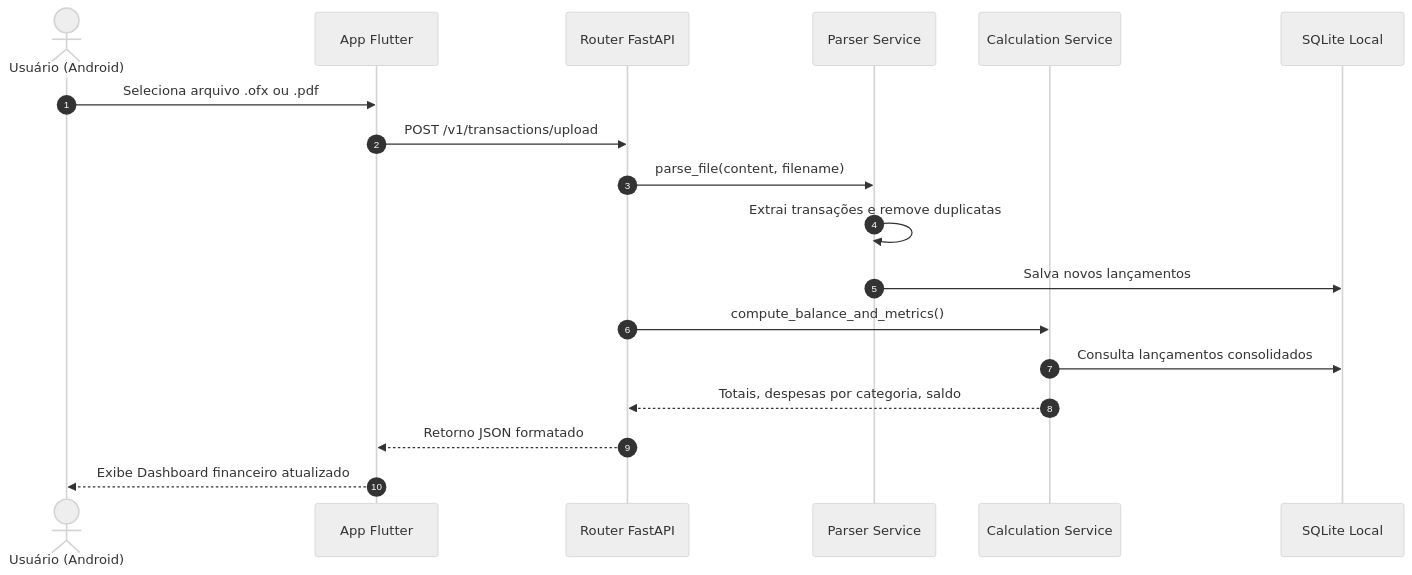
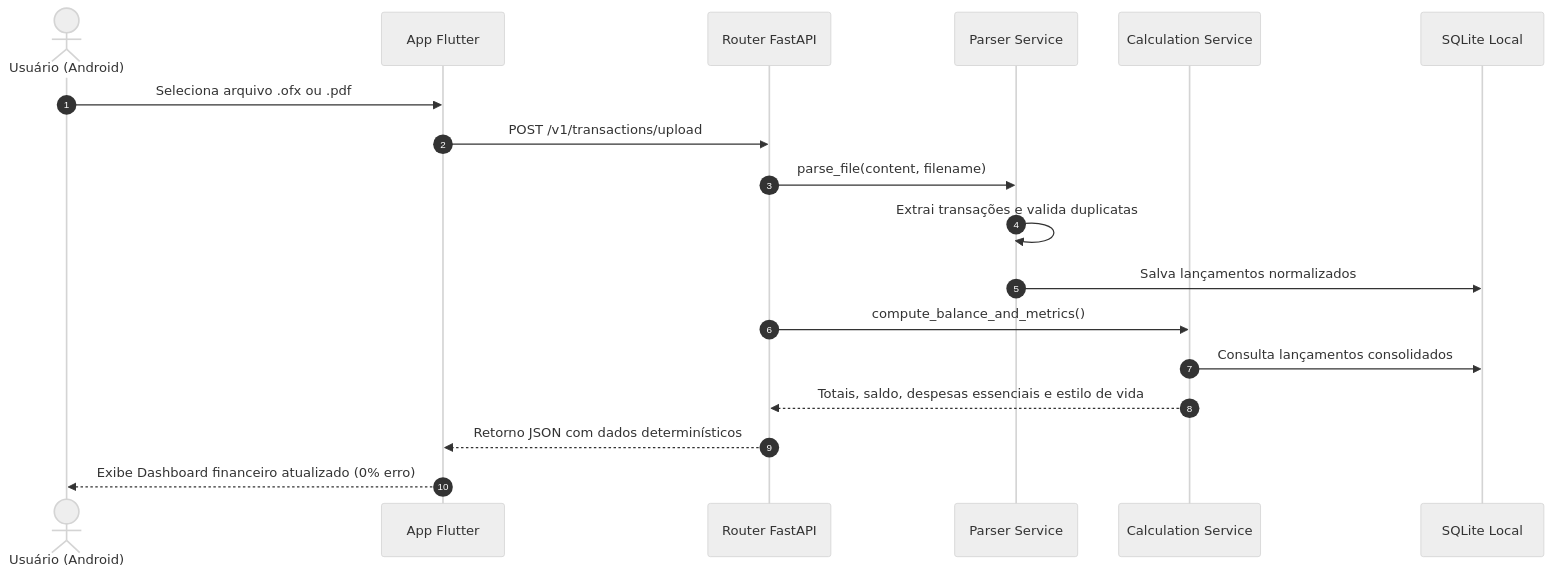
Before and after one commit to moonshinerd/trokim: the second of 3 diagrams in docs/arquitetura/mapa-do-sistema.md, drawn with Mermaid (neutral theme). The commit also changed other lines of this file and 9 other files, not shown here.

````diff
--- a/docs/arquitetura/mapa-do-sistema.md
+++ b/docs/arquitetura/mapa-do-sistema.md
@@ -53,21 +58,21 @@
 ```mermaid
 sequenceDiagram
     autonumber
     actor User as Usuário (Android)
     participant Mobile as App Flutter
     participant API as Router FastAPI
     participant Parser as Parser Service
     participant Calc as Calculation Service
     participant DB as SQLite Local
 
     User->>Mobile: Seleciona arquivo .ofx ou .pdf
     Mobile->>API: POST /v1/transactions/upload
     API->>Parser: parse_file(content, filename)
-    Parser->>Parser: Extrai transações e remove duplicatas
-    Parser->>DB: Salva novos lançamentos
+    Parser->>Parser: Extrai transações e valida duplicatas
+    Parser->>DB: Salva lançamentos normalizados
     API->>Calc: compute_balance_and_metrics()
     Calc->>DB: Consulta lançamentos consolidados
-    Calc-->>API: Totais, despesas por categoria, saldo
-    API-->>Mobile: Retorno JSON formatado
-    Mobile-->>User: Exibe Dashboard financeiro atualizado
+    Calc-->>API: Totais, saldo, despesas essenciais e estilo de vida
+    API-->>Mobile: Retorno JSON com dados determinísticos
+    Mobile-->>User: Exibe Dashboard financeiro atualizado (0% erro)
 ```
````
